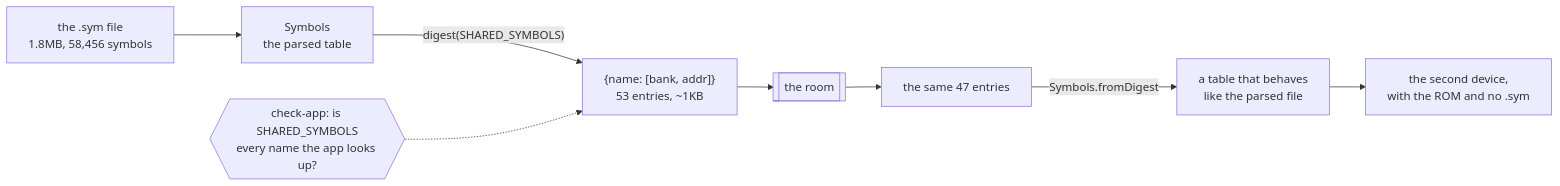
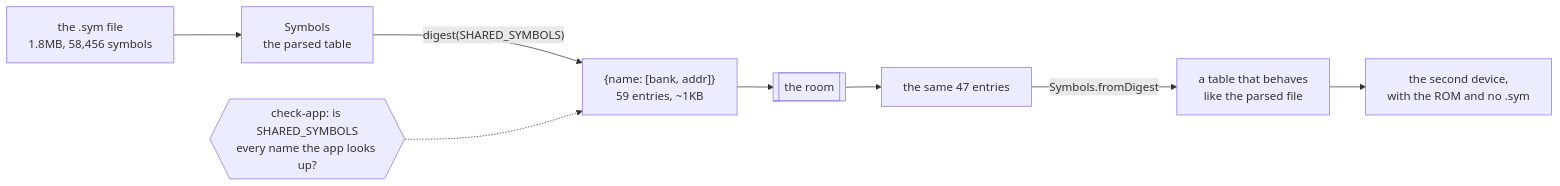
One commit to minormending/crystal-pilot-mobile changed diagram 45 of 46 in docs/CODE.md. Above: the diagram before and after it, drawn with Mermaid. The commit also changed other lines of this file and 9 other files, not shown here.

````diff
--- a/docs/CODE.md
+++ b/docs/CODE.md
@@ -5449,10 +5597,10 @@
 ```mermaid
 flowchart LR
     F["the .sym file<br/>1.8MB, 58,456 symbols"] --> S["Symbols<br/>the parsed table"]
-    S -->|"digest(SHARED_SYMBOLS)"| D["{name: [bank, addr]}<br/>53 entries, ~1KB"]
+    S -->|"digest(SHARED_SYMBOLS)"| D["{name: [bank, addr]}<br/>59 entries, ~1KB"]
     D --> R[["the room"]]
     R --> D2["the same 47 entries"]
     D2 -->|"Symbols.fromDigest"| T["a table that behaves<br/>like the parsed file"]
     T --> APP["the second device,<br/>with the ROM and no .sym"]
     C{{"check-app: is SHARED_SYMBOLS<br/>every name the app looks up?"}} -.-> D
 ```
````
